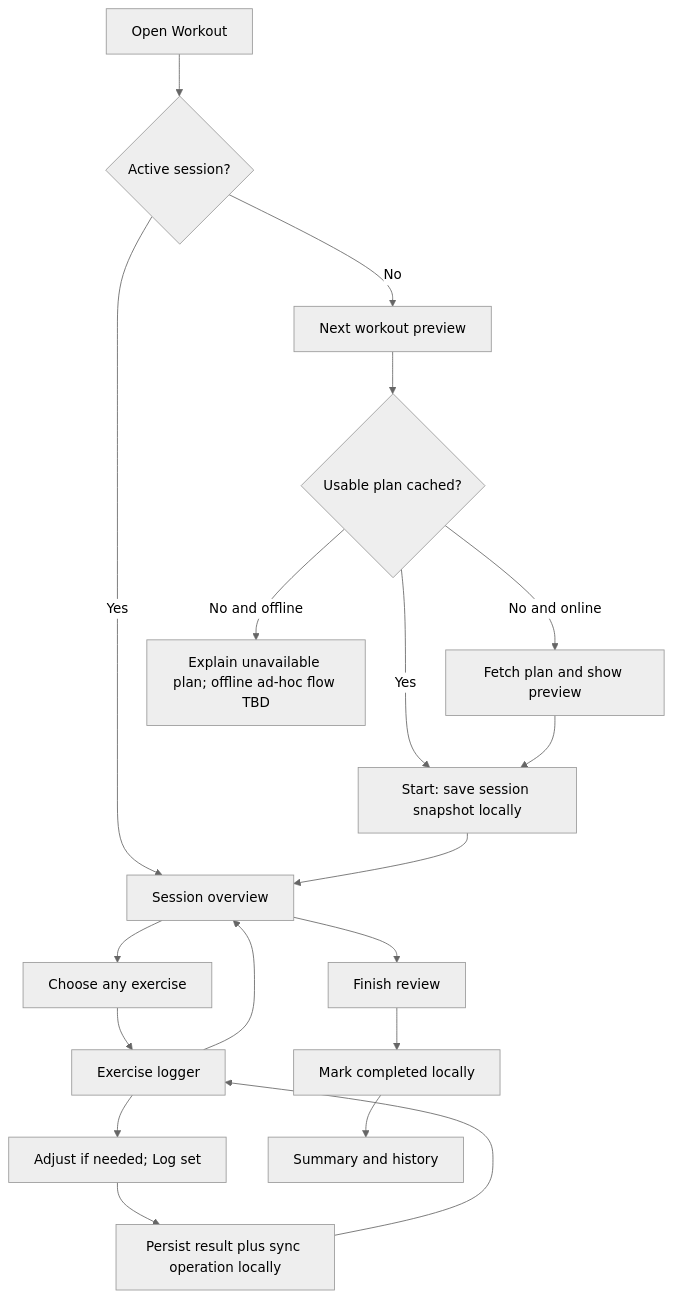
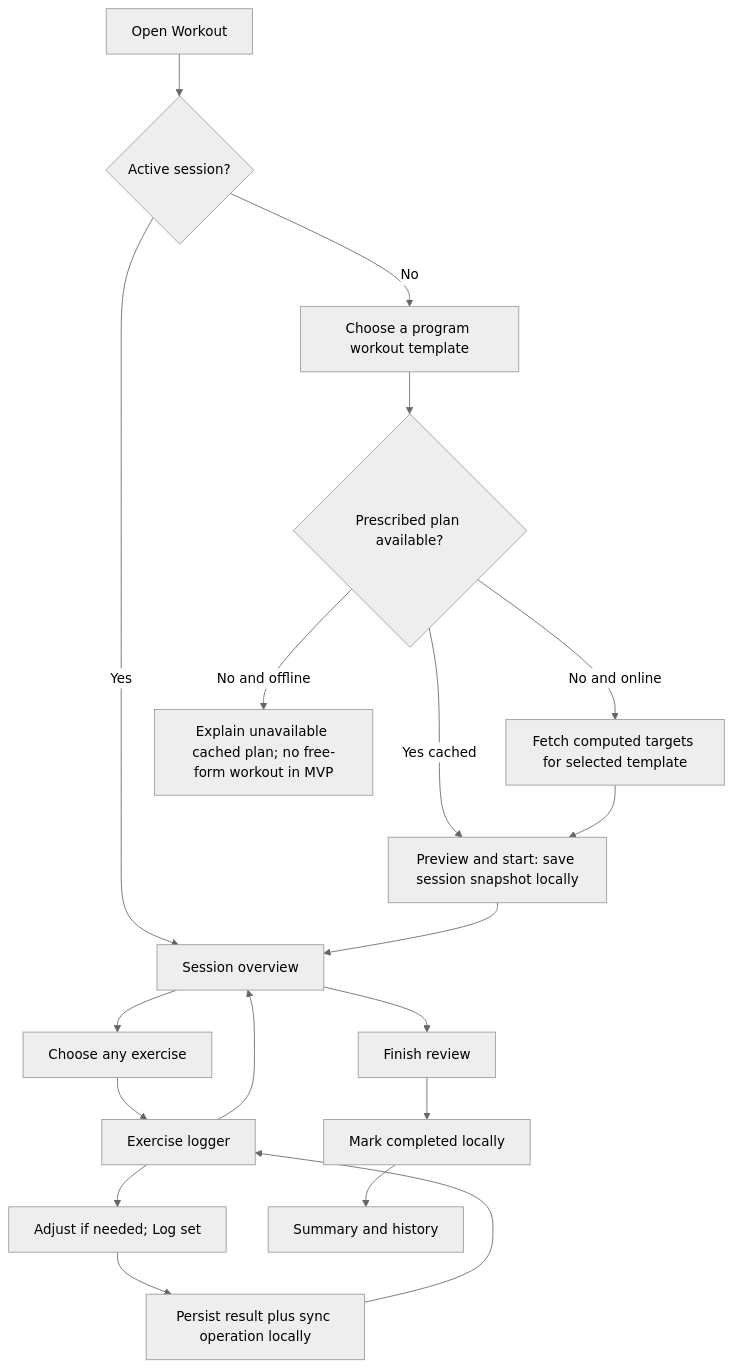
One commit to boris-shurygin/gym changed the diagram in docs/mobile-app.md. Above: the diagram before and after it, drawn with Mermaid (neutral theme). The commit also changed other lines of this file and 5 other files, not shown here.

Commit message:
docs: define template-based workouts for MVP

````diff
--- a/docs/mobile-app.md
+++ b/docs/mobile-app.md
@@ -91,21 +96,21 @@
 ```mermaid
 flowchart TD
     A[Open Workout] --> B{Active session?}
     B -->|Yes| C[Session overview]
-    B -->|No| D[Next workout preview]
-    D --> E{Usable plan cached?}
-    E -->|Yes| F[Start: save session snapshot locally]
-    E -->|No and online| G[Fetch plan and show preview]
+    B -->|No| D[Choose a program workout template]
+    D --> E{Prescribed plan available?}
+    E -->|Yes cached| F[Preview and start: save session snapshot locally]
+    E -->|No and online| G[Fetch computed targets for selected template]
     G --> F
-    E -->|No and offline| H[Explain unavailable plan; offline ad-hoc flow TBD]
+    E -->|No and offline| H[Explain unavailable cached plan; no free-form workout in MVP]
     F --> C
     C --> I[Choose any exercise]
     I --> J[Exercise logger]
     J --> K[Adjust if needed; Log set]
     K --> L[Persist result plus sync operation locally]
     L --> J
     J --> C
     C --> M[Finish review]
     M --> N[Mark completed locally]
     N --> O[Summary and history]
 ```
````
